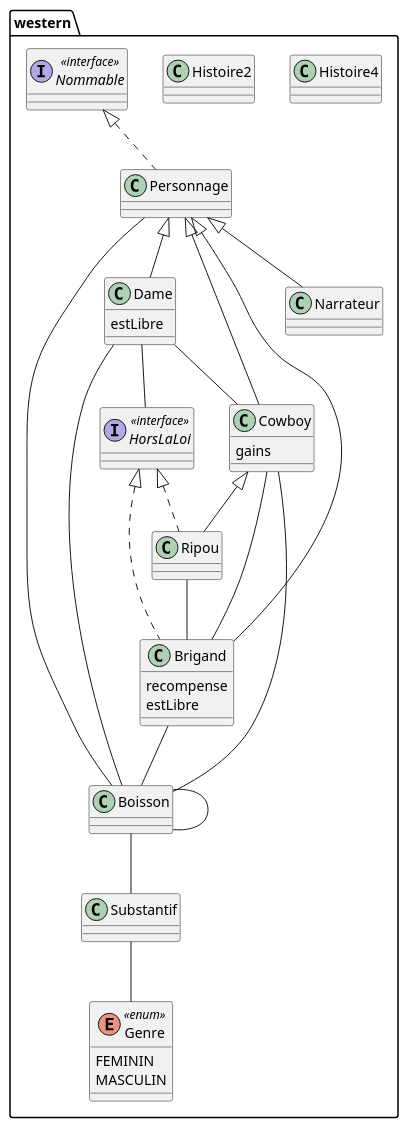
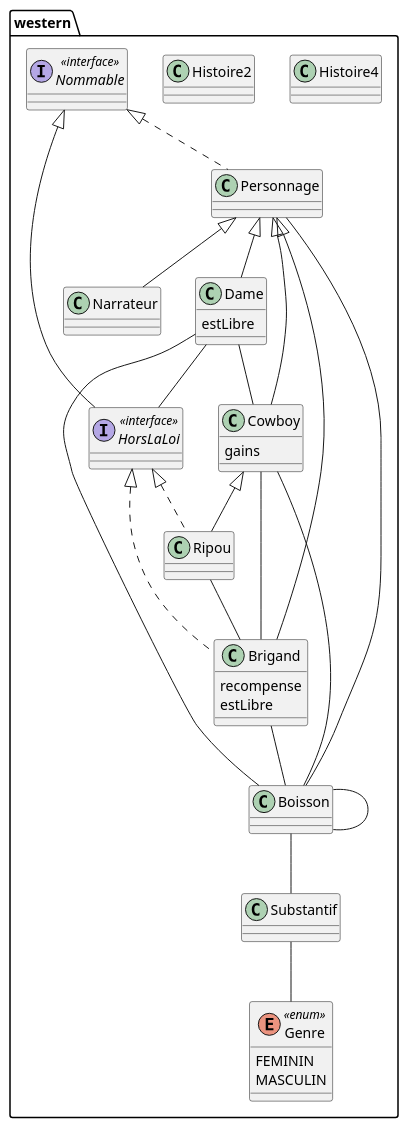
The diagram in uml/western.puml (karimelkaid/PumlFromJava), drawn with PlantUML before and after one commit. The commit also changed 25 other files, not shown here.

```diff
--- a/uml/western.puml
+++ b/uml/western.puml
@@ -1,74 +1,74 @@
 @startuml
 
-package western{
+package [western]{
 	class Histoire4{
 }
 
 
 class Histoire2{
 }
 
 
 class Boisson{
 }
 Boisson -- Substantif
 Boisson -- Boisson
 
 
 class Personnage implements Nommable{
 }
 Personnage -- Boisson
 
 
 class Dame extends Personnage{
 	estLibre
 }
 Dame -- Cowboy
 Dame -- HorsLaLoi
 Dame -- Boisson
 
 
 class Brigand extends Personnage implements HorsLaLoi{
 	recompense
 	estLibre
 }
 Brigand -- Cowboy
 Brigand -- Boisson
 
 
 class Ripou extends Cowboy implements HorsLaLoi{
 }
 Ripou -- Brigand
 
 
-interface HorsLaLoi <<interface>>{
+interface HorsLaLoi <<interface>> extends Nommable{
 }
 
 
 enum Genre <<enum>>{
 	FEMININ
 	MASCULIN
 }
 
 
 interface Nommable <<interface>>{
 }
 
 
 class Cowboy extends Personnage{
 	gains
 }
 Cowboy -- Boisson
 
 
 class Substantif{
 }
 Substantif -- Genre
 
 
 class Narrateur extends Personnage{
 }
 
 
 }
 @enduml
```
